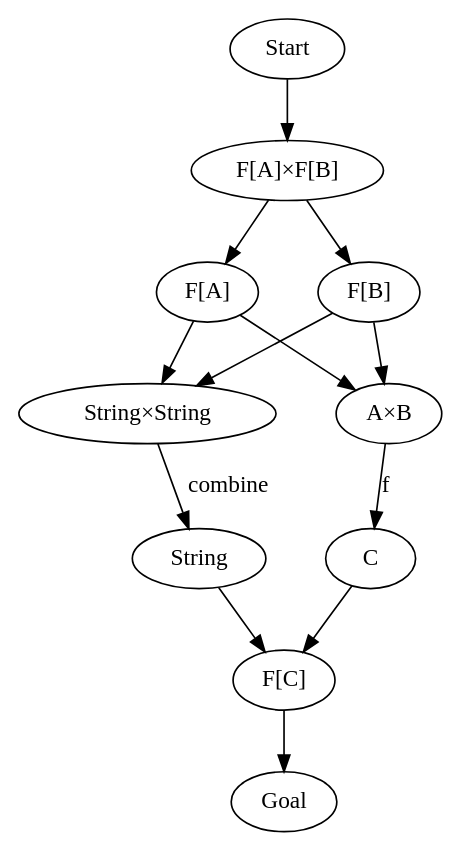
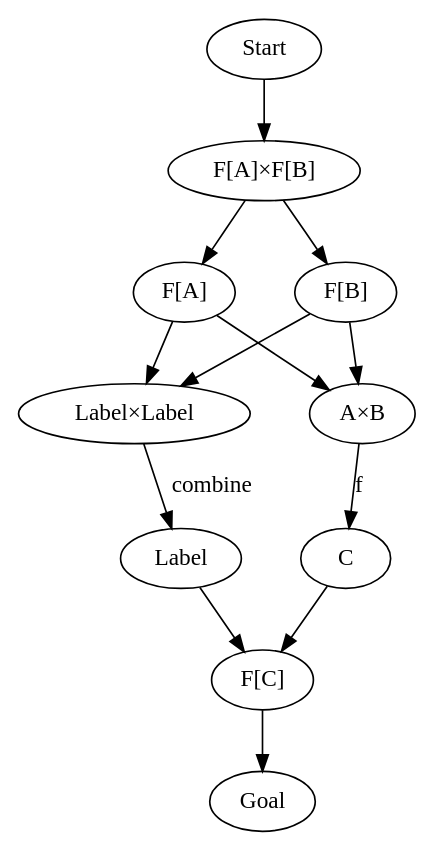
One commit to nrinaudo/things-that-are-things changed the diagram in src/main/graphviz/product-map2-string-combine.dot. Above: the diagram before and after it, drawn with Graphviz. The commit also changed 12 other files, not shown here.

```diff
--- a/src/main/graphviz/product-map2-string-combine.dot
+++ b/src/main/graphviz/product-map2-string-combine.dot
@@ -1,42 +1,42 @@
 digraph {
     Start[class="extremity"]
     Goal[class="extremity"]
 
     FAFB[label="F[A]×F[B]" class="start,disabled"]
     FA[label="F[A]" class="disabled"]
     FB[label="F[B]" class="disabled"]
-    XX[label="String×String"]
+    XX[label="Label×Label"]
     AB[label="A×B" class="disabled"]
     FC[label="F[C]" class="goal,disabled"]
     C[class="disabled"]
-    X[label="String"]
+    X[label="Label"]
 
     {
         rank=same
         FA -> FB[style="invis"]
     }
 
     {
         rank=same
         XX -> AB[style="invis"]
     }
 
         {
         rank=same
         X -> C[style="invis"]
     }
 
     FAFB -> FA[class="disabled"]
     FAFB -> FB[class="disabled"]
     FA -> XX[class="disabled"]
     FA -> AB[class="disabled"]
     FB -> XX[class="disabled"]
     FB -> AB[class="disabled"]
     XX -> X[label="combine"]
     AB -> C[label="f" class="disabled"]
     X -> FC[class="disabled"]
     C -> FC[class="disabled"]
 
     Start -> FAFB[class="start,disabled"]
     FC -> Goal[class="goal,disabled"]
 }
```
